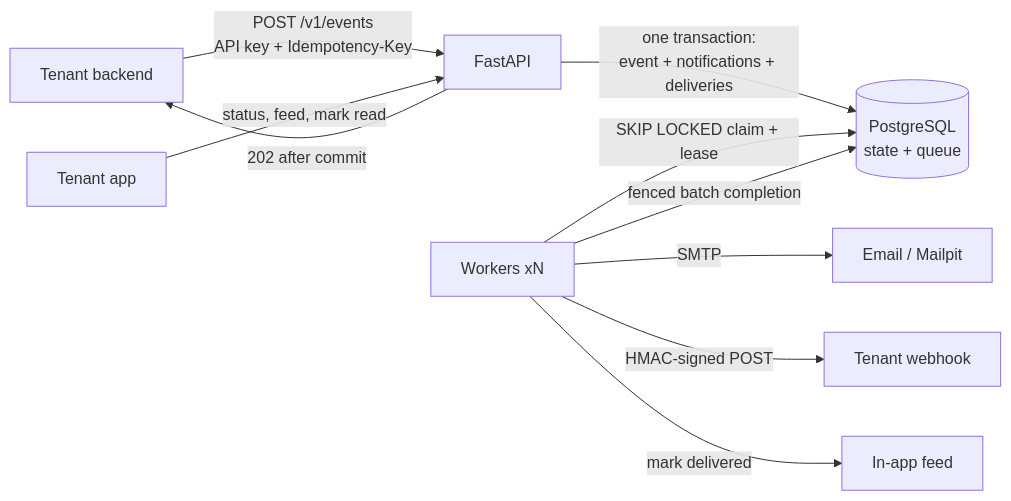
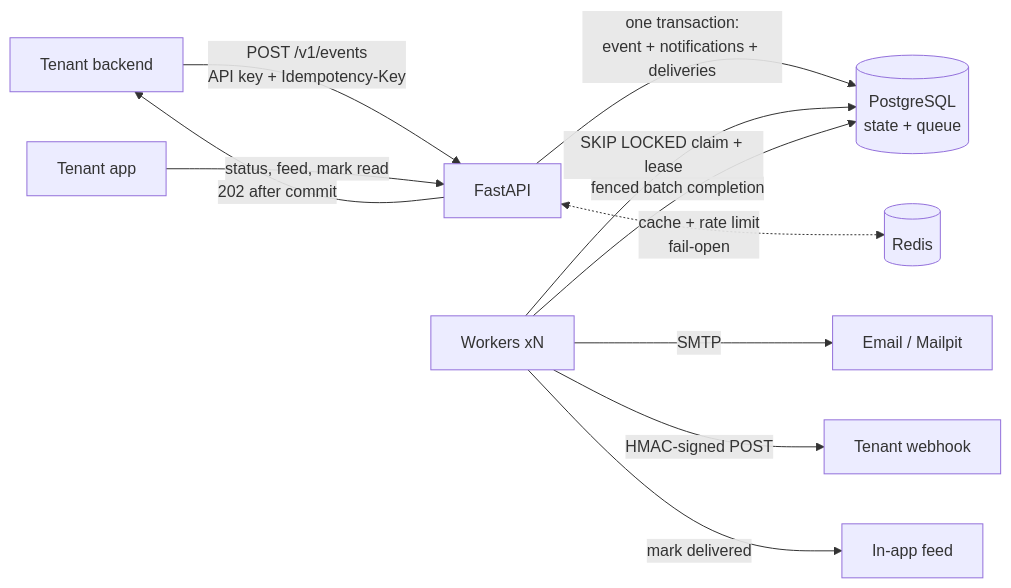
One commit to iampdt/scalable-event-notification-platform changed the diagram in README.md. Above: the diagram before and after it, drawn with Mermaid. The commit also changed other lines of this file and 5 other files, not shown here.

First line of the commit message:
docs: document Redis caching, rate limiting, and before/after results

````diff
--- a/README.md
+++ b/README.md
@@ -12,12 +13,13 @@
 ```mermaid
 flowchart LR
   P[Tenant backend] -->|POST /v1/events<br/>API key + Idempotency-Key| API[FastAPI]
   API -->|one transaction:<br/>event + notifications + deliveries| DB[(PostgreSQL<br/>state + queue)]
   API -->|202 after commit| P
+  API <-.->|cache + rate limit<br/>fail-open| R[(Redis)]
   W[Workers xN] -->|SKIP LOCKED claim + lease| DB
   W -->|SMTP| M[Email / Mailpit]
   W -->|HMAC-signed POST| H[Tenant webhook]
   W -->|mark delivered| F[In-app feed]
   W -->|fenced batch completion| DB
   U[Tenant app] -->|status, feed, mark read| API
 ```
````
